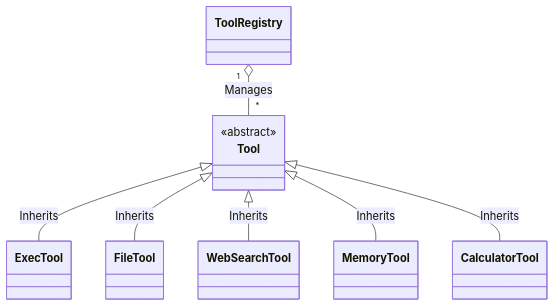
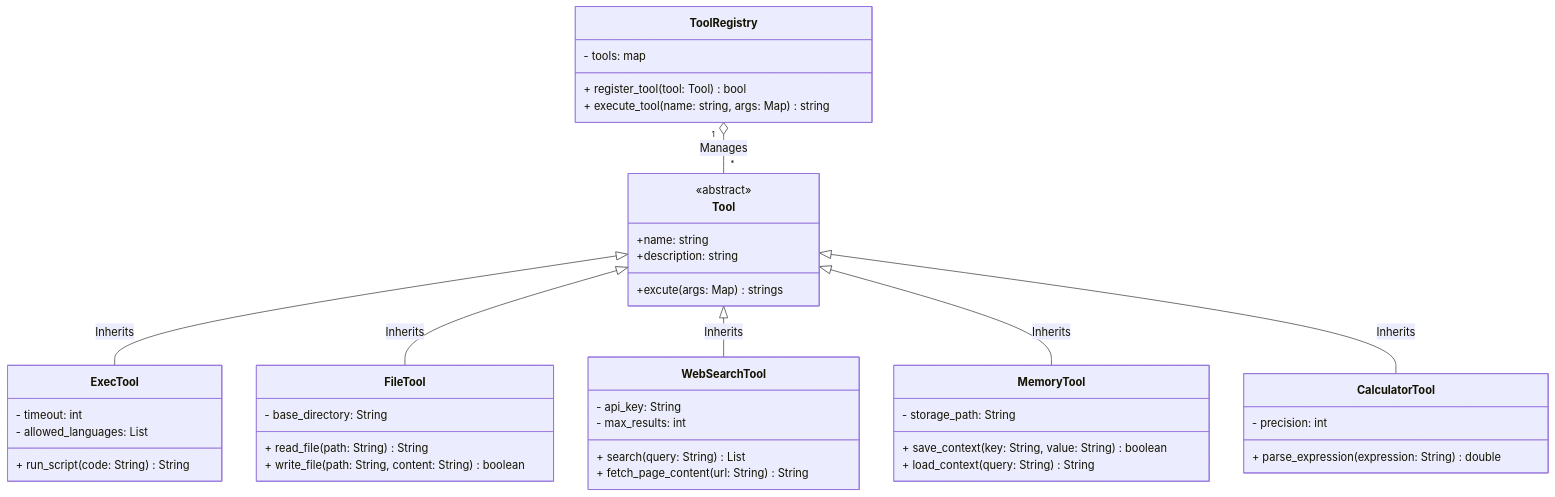
The diagram in Classdiagram_tools.md (Zoto1/AI_Agent-OOP_prj), drawn with Mermaid before and after one commit. The commit also changed other lines of this file, not shown here.

Commit message:
Enhance Class Diagram
Updated the class diagram to include additional tools and their methods.

````diff
--- a/Classdiagram_tools.md
+++ b/Classdiagram_tools.md
@@ -14,29 +9,52 @@
 ```mermaid
 classDiagram
     %% Top to Bottom: class cha/ class quản lí nằm phía trên các class con
     direction TB
-    %% Khung các Class chính theo yêu cầu
     class ToolRegistry {
-        %% TODO: Thêm thuộc tính và phương thức quản lý tool
+        - tools: map
+        + register_tool(tool: Tool) bool
+        + execute_tool(name: string, args: Map) string
     }
-
     class Tool {
         <<abstract>>
-        %% TODO: Thêm giao diện chung cho Tool
+        +name: string
+        +description: string
+        +excute (args: Map) strings
     }
 
     %% Các bộ công cụ thực thi kế thừa từ Tool
-    class ExecTool
-    class FileTool
-    class WebSearchTool
-    class MemoryTool
-    class CalculatorTool
+    class ExecTool {- timeout: int
+        - allowed_languages: List
+        + run_script(code: String) String
+    }
+   class FileTool {
+        - base_directory: String
+        + read_file(path: String) String
+        + write_file(path: String, content: String) boolean
+    }
 
+    class WebSearchTool {
+        - api_key: String
+        - max_results: int
+        + search(query: String) List
+        + fetch_page_content(url: String) String
+    }
+
+    class MemoryTool {
+        - storage_path: String
+        + save_context(key: String, value: String) boolean
+        + load_context(query: String) String
+    }
+
+    class CalculatorTool {
+        - precision: int
+        + parse_expression(expression: String) double
+    }
     %% Mối quan hệ giữa các Class
     ToolRegistry "1" o-- "*" Tool : Manages
     Tool <|-- ExecTool : Inherits
     Tool <|-- FileTool : Inherits
     Tool <|-- WebSearchTool : Inherits
     Tool <|-- MemoryTool : Inherits
     Tool <|-- CalculatorTool : Inherits
 ```
````
